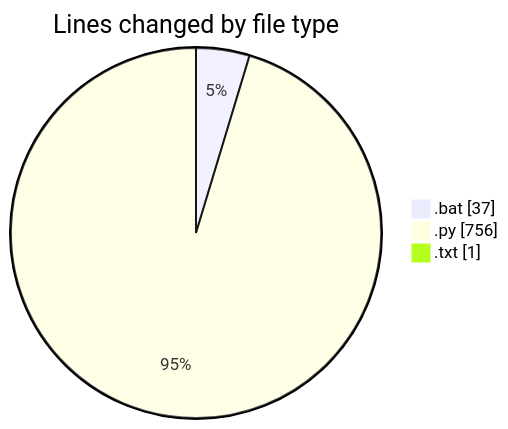
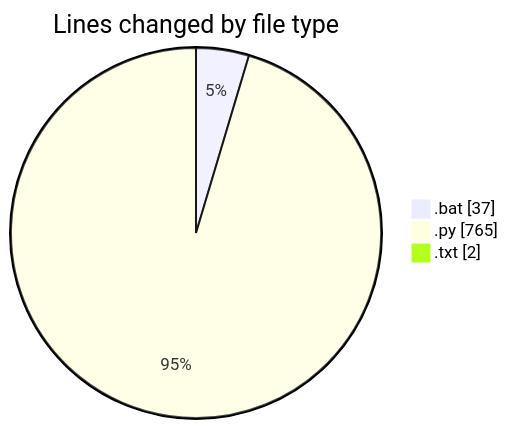
The first of 2 diagrams in 2025-07-04/cursor/README.md (FelipKnott/code-tracking), drawn with Mermaid before and after one commit. The commit also changed other lines of this file and 1 other file, not shown here.

````diff
--- a/2025-07-04/cursor/README.md
+++ b/2025-07-04/cursor/README.md
@@ -32,7 +34,7 @@
 ```mermaid
 pie showData
 title Lines changed by file type
 ".bat" : 37
-".py" : 756
-".txt" : 1
+".py" : 765
+".txt" : 2
 ```
````
